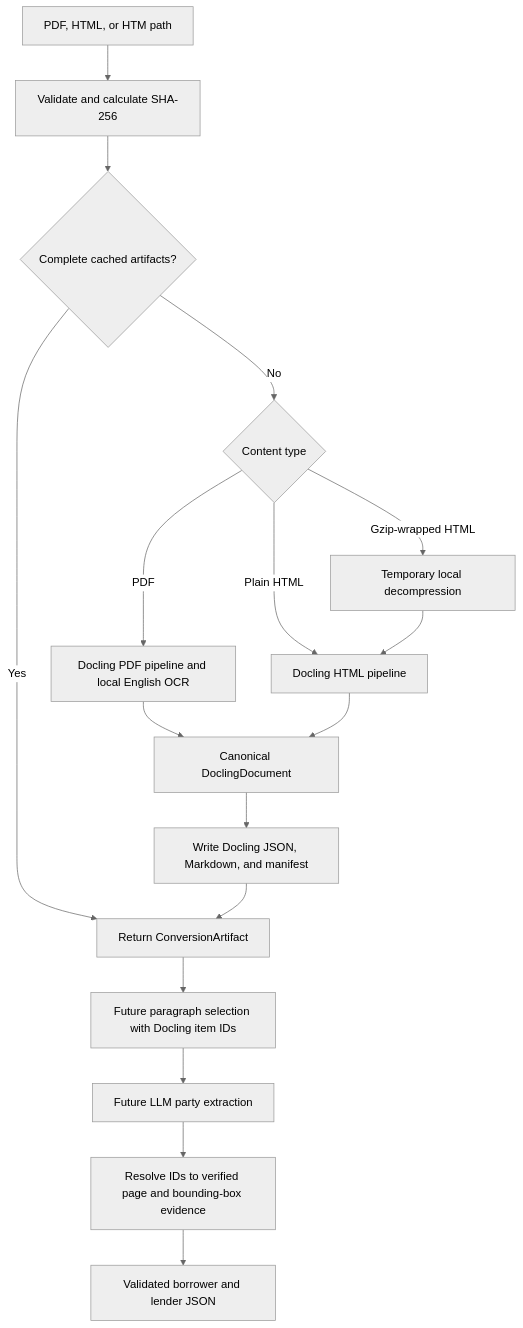
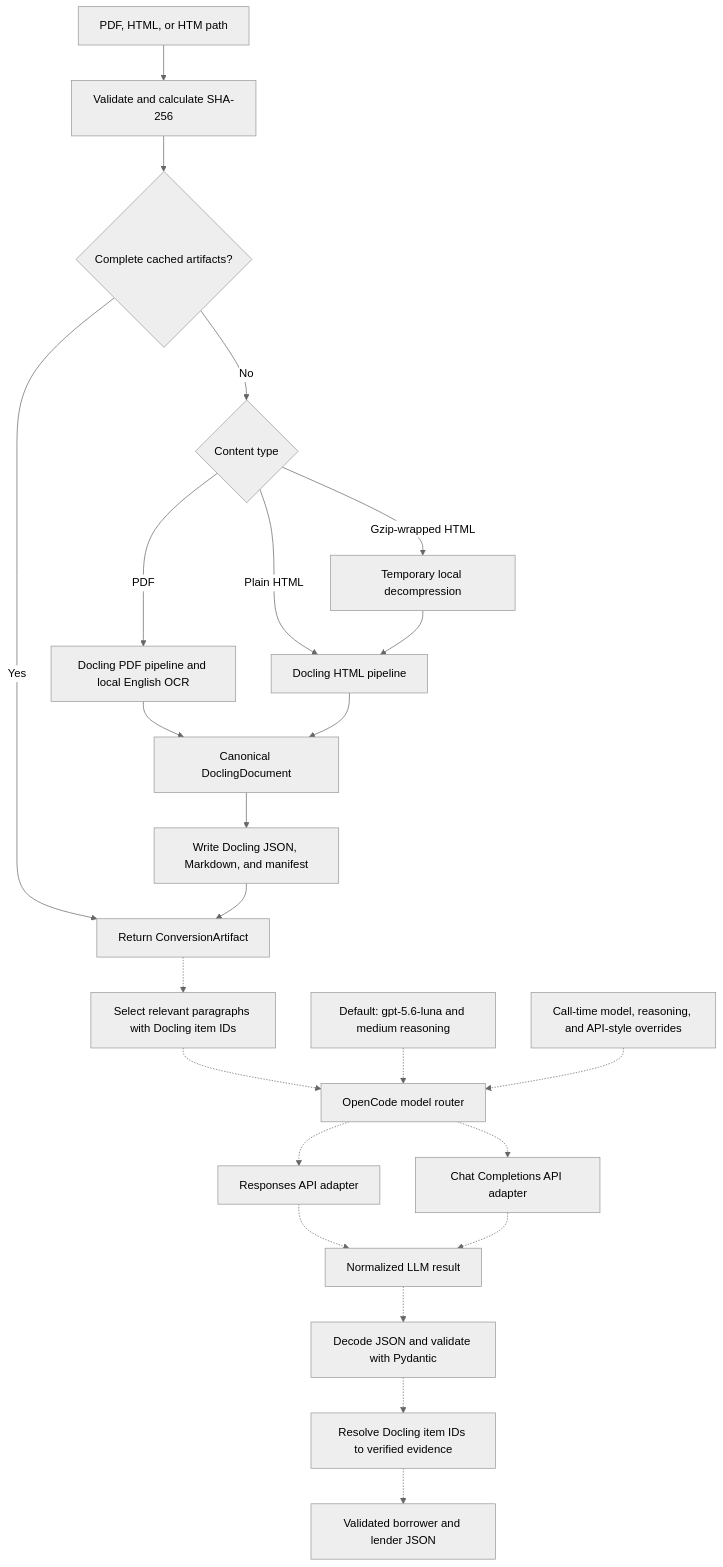
Before and after one commit to Ashrit-K/credit-agreement-parsing: the diagram in docs/conversion_pipeline.md, drawn with Mermaid (neutral theme). The commit also changed other lines of this file and 1 other file, not shown here.

Commit message:
docs: design OpenCode LLM adapters

````diff
--- a/docs/conversion_pipeline.md
+++ b/docs/conversion_pipeline.md
@@ -54,19 +58,26 @@
 ```mermaid
 flowchart TD
     A[PDF, HTML, or HTM path] --> B[Validate and calculate SHA-256]
     B --> C{Complete cached artifacts?}
     C -->|Yes| J[Return ConversionArtifact]
     C -->|No| D{Content type}
     D -->|PDF| E[Docling PDF pipeline and local English OCR]
     D -->|Plain HTML| F[Docling HTML pipeline]
     D -->|Gzip-wrapped HTML| G[Temporary local decompression]
     G --> F
     E --> H[Canonical DoclingDocument]
     F --> H
     H --> I[Write Docling JSON, Markdown, and manifest]
     I --> J
-    J --> K[Future paragraph selection with Docling item IDs]
-    K --> L[Future LLM party extraction]
-    L --> M[Resolve IDs to verified page and bounding-box evidence]
-    M --> N[Validated borrower and lender JSON]
+    J -.-> K[Select relevant paragraphs with Docling item IDs]
+    K -.-> R[OpenCode model router]
+    O[Default: gpt-5.6-luna and medium reasoning] -.-> R
+    P[Call-time model, reasoning, and API-style overrides] -.-> R
+    R -.-> RA[Responses API adapter]
+    R -.-> CA[Chat Completions API adapter]
+    RA -.-> LR[Normalized LLM result]
+    CA -.-> LR
+    LR -.-> V[Decode JSON and validate with Pydantic]
+    V -.-> M[Resolve Docling item IDs to verified evidence]
+    M -.-> N[Validated borrower and lender JSON]
 ```
````
